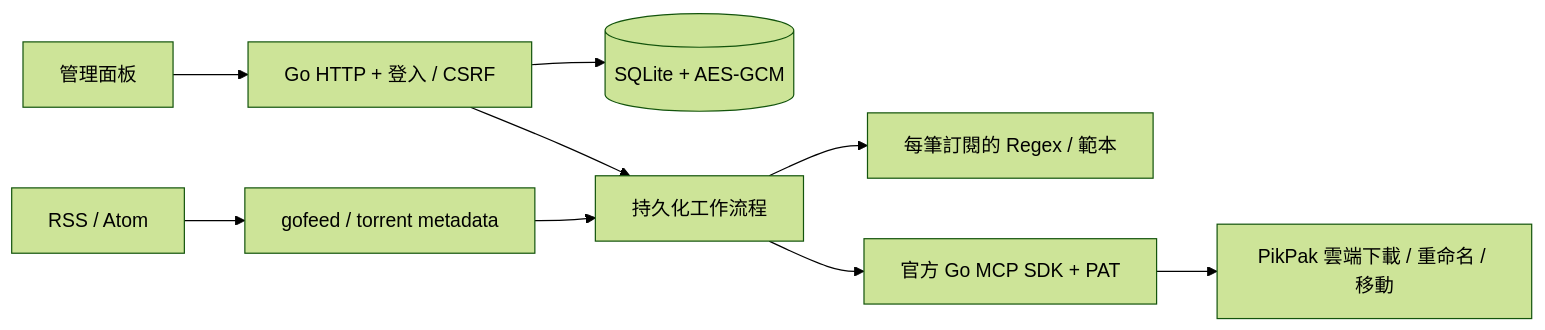
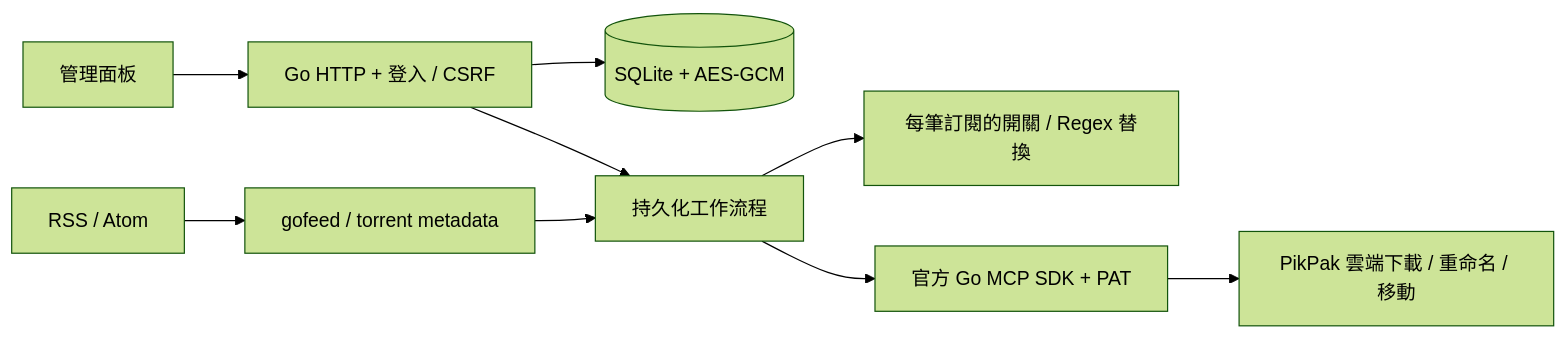
One commit to sago-cream/pikpak-rss-manager changed the first of 2 diagrams in docs/architecture.md. Above: the diagram before and after it, drawn with Mermaid (forest theme). The commit also changed other lines of this file and 25 other files, not shown here.

````diff
--- a/docs/architecture.md
+++ b/docs/architecture.md
@@ -5,11 +5,11 @@
 ```mermaid
 flowchart LR
     UI[管理面板] --> HTTP[Go HTTP + 登入 / CSRF]
     HTTP --> DB[(SQLite + AES-GCM)]
     HTTP --> W[持久化工作流程]
     RSS[RSS / Atom] --> F[gofeed / torrent metadata]
     F --> W
-    W --> R[每筆訂閱的 Regex / 範本]
+    W --> R[每筆訂閱的開關 / Regex 替換]
     W --> MCP[官方 Go MCP SDK + PAT]
     MCP --> P[PikPak 雲端下載 / 重命名 / 移動]
 ```
````
